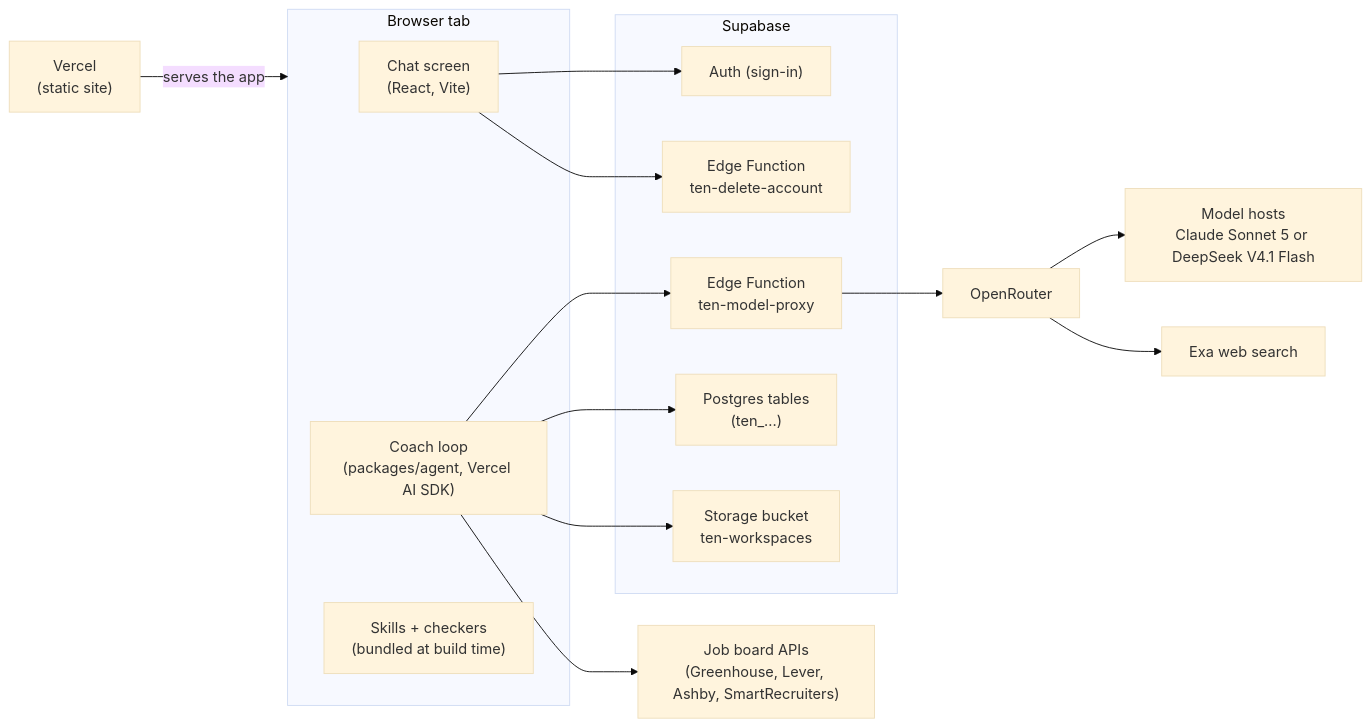
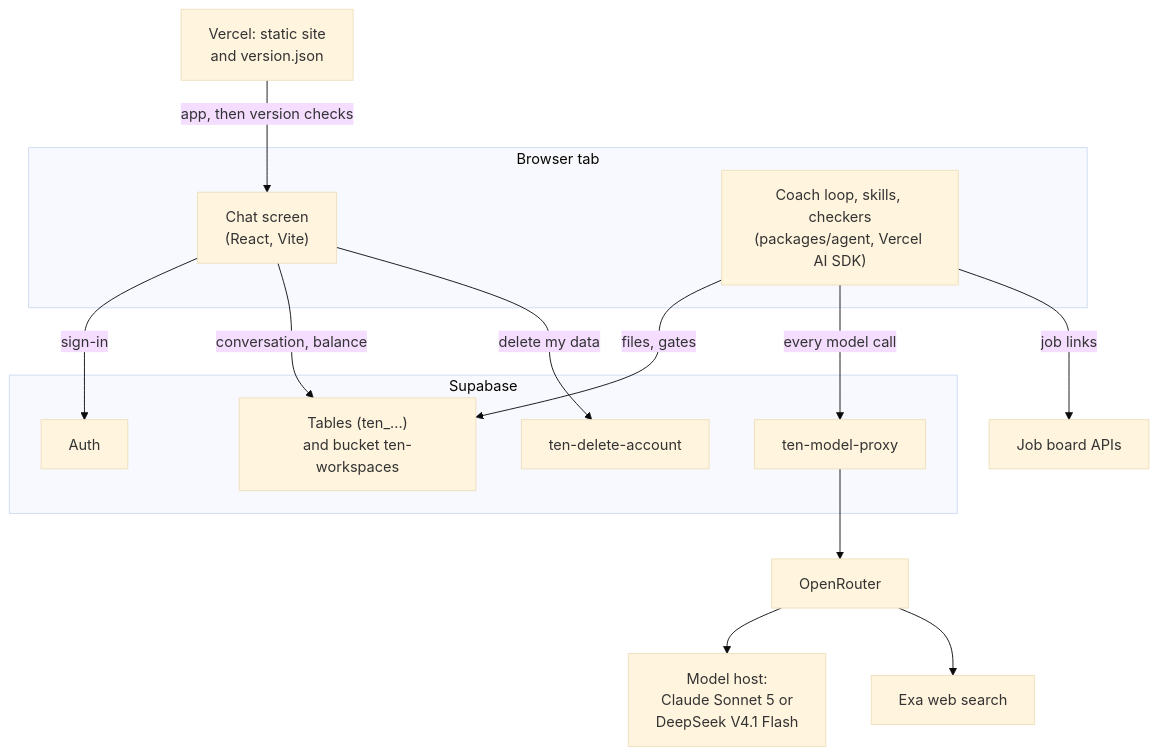
Before and after one commit to tydev-new/10xjobs-careercoach: the first of 6 diagrams in docs/ARCHITECTURE.md, drawn with Mermaid (base theme). The commit also changed other lines of this file, not shown here.

First line of the commit message:
docs(ARCHITECTURE): fix round 1 — honest money bounds, glossary, who reads what

````diff
--- a/docs/ARCHITECTURE.md
+++ b/docs/ARCHITECTURE.md
@@ -38,25 +76,24 @@
 ```mermaid
-flowchart LR
+flowchart TD
+  Site["Vercel: static site<br/>and version.json"]
   subgraph Tab["Browser tab"]
     UI["Chat screen<br/>(React, Vite)"]
-    Loop["Coach loop<br/>(packages/agent, Vercel AI SDK)"]
-    Skills["Skills + checkers<br/>(bundled at build time)"]
+    Loop["Coach loop, skills, checkers<br/>(packages/agent, Vercel AI SDK)"]
   end
-  Site["Vercel<br/>(static site)"] -->|serves the app| Tab
   subgraph SB["Supabase"]
-    Auth["Auth (sign-in)"]
-    DB["Postgres tables<br/>(ten_...)"]
-    Bucket["Storage bucket<br/>ten-workspaces"]
-    Proxy["Edge Function<br/>ten-model-proxy"]
-    Del["Edge Function<br/>ten-delete-account"]
+    Auth["Auth"]
+    DB["Tables (ten_...)<br/>and bucket ten-workspaces"]
+    Proxy["ten-model-proxy"]
+    Del["ten-delete-account"]
   end
-  Loop --> Proxy
-  UI --> Auth
-  Loop --> DB
-  Loop --> Bucket
-  UI --> Del
+  Site -->|app, then version checks| UI
+  UI -->|sign-in| Auth
+  UI -->|conversation, balance| DB
+  UI -->|delete my data| Del
+  Loop -->|files, gates| DB
+  Loop -->|every model call| Proxy
+  Loop -->|job links| Boards["Job board APIs"]
   Proxy --> OR["OpenRouter"]
-  OR --> Hosts["Model hosts<br/>Claude Sonnet 5 or DeepSeek V4.1 Flash"]
+  OR --> Hosts["Model host:<br/>Claude Sonnet 5 or<br/>DeepSeek V4.1 Flash"]
   OR --> Exa["Exa web search"]
-  Loop --> Boards["Job board APIs<br/>(Greenhouse, Lever, Ashby, SmartRecruiters)"]
 ```
````
